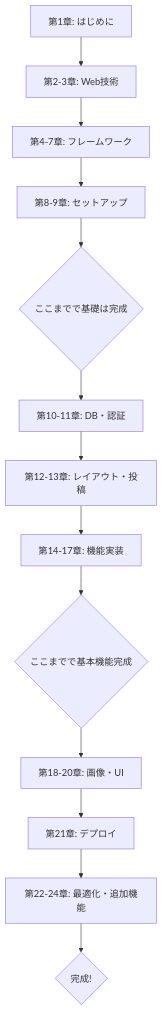
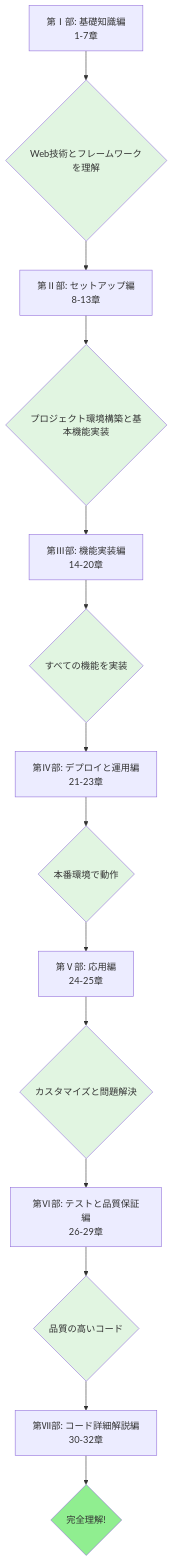
The second of 45 diagrams in docs/textbook/01-はじめに.md (shuhei0720/keion-circle-site), drawn with Mermaid before and after one commit. The commit also changed other lines of this file, not shown here.

Commit message:
docs: 教科書とプロジェクトコードの差異に関する注意書きを追加、学習の進め方のイメージ図を最新の章立て(第Ⅰ〜Ⅶ部、1-32章)に更新

````diff
--- a/docs/textbook/01-はじめに.md
+++ b/docs/textbook/01-はじめに.md
@@ -71,17 +73,29 @@
 ```mermaid
 graph TB
-    A[第1章: はじめに] --> B[第2-3章: Web技術]
-    B --> C[第4-7章: フレームワーク]
-    C --> D[第8-9章: セットアップ]
-    D --> E{ここまでで基礎は完成}
+    A[第Ⅰ部: 基礎知識編<br/>1-7章] --> B{Web技術とフレームワークを理解}
+    B --> C[第Ⅱ部: セットアップ編<br/>8-13章]
+    C --> D{プロジェクト環境構築と基本機能実装}
     
-    E --> F[第10-11章: DB・認証]
-    F --> G[第12-13章: レイアウト・投稿]
-    G --> H[第14-17章: 機能実装]
-    H --> I{ここまでで基本機能完成}
+    D --> E[第Ⅲ部: 機能実装編<br/>14-20章]
+    E --> F{すべての機能を実装}
     
-    I --> J[第18-20章: 画像・UI]
-    J --> K[第21章: デプロイ]
-    K --> L[第22-24章: 最適化・追加機能]
-    L --> M{完成!}
+    F --> G[第Ⅳ部: デプロイと運用編<br/>21-23章]
+    G --> H{本番環境で動作}
+    
+    H --> I[第Ⅴ部: 応用編<br/>24-25章]
+    I --> J{カスタマイズと問題解決}
+    
+    J --> K[第Ⅵ部: テストと品質保証編<br/>26-29章]
+    K --> L{品質の高いコード}
+    
+    L --> M[第Ⅶ部: コード詳細解説編<br/>30-32章]
+    M --> N{完全理解!}
+    
+    style B fill:#e1f5e1
+    style D fill:#e1f5e1
+    style F fill:#e1f5e1
+    style H fill:#e1f5e1
+    style J fill:#e1f5e1
+    style L fill:#e1f5e1
+    style N fill:#90EE90
 ```
````
